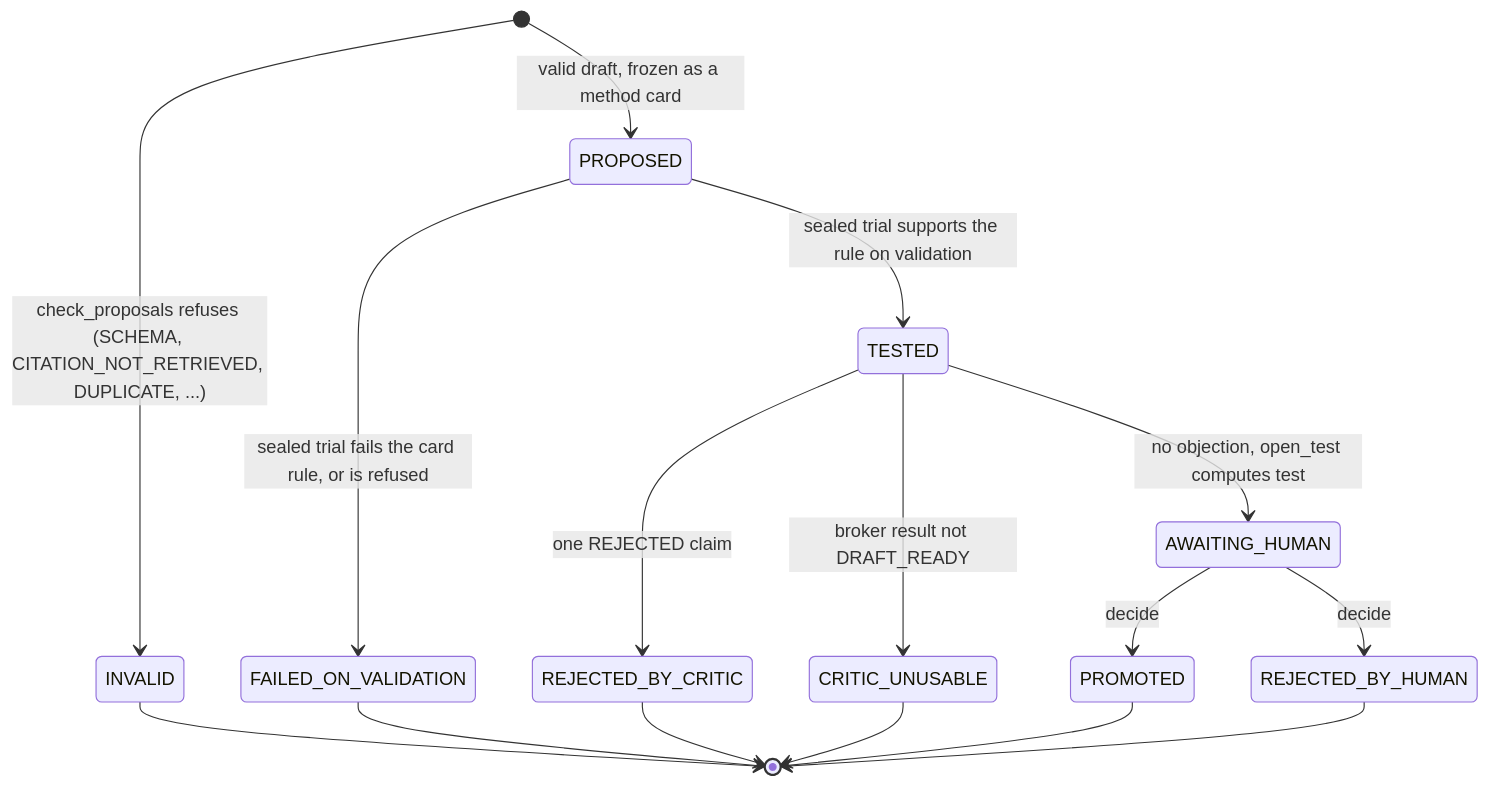
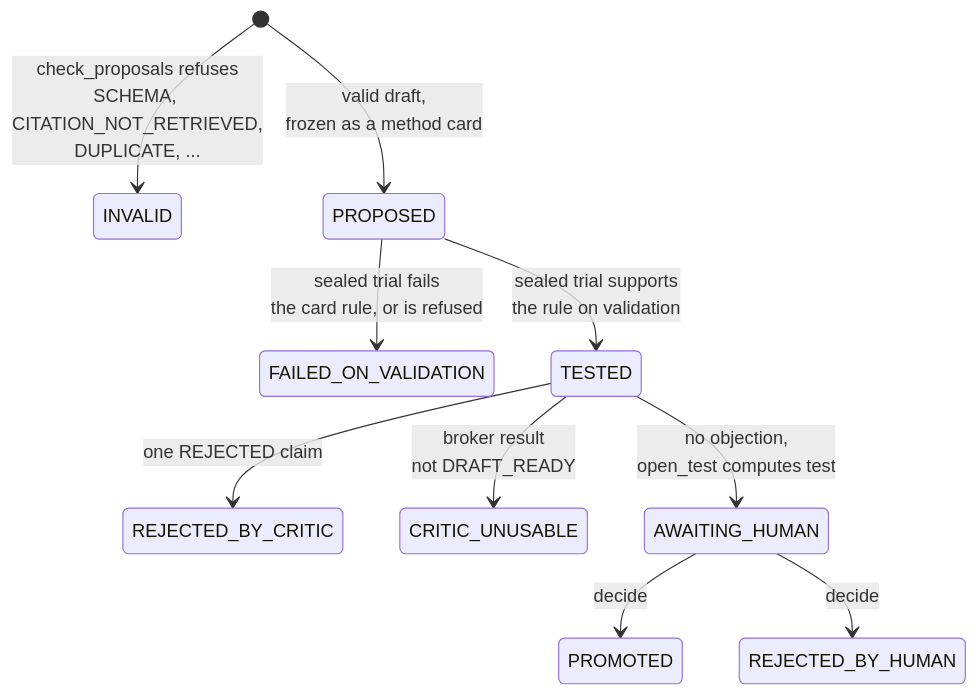
One commit to oscar-chw/agentic-quant-research changed the fourth of 9 diagrams in docs/DIAGRAMS.md. Above: the diagram before and after it, drawn with Mermaid. The commit also changed other lines of this file and 9 other files, not shown here.

Commit message:
docs: make diagrams legible at README width

````diff
--- a/docs/DIAGRAMS.md
+++ b/docs/DIAGRAMS.md
@@ -197,18 +192,12 @@
 ```mermaid
 stateDiagram-v2
-    [*] --> INVALID: check_proposals refuses (SCHEMA, CITATION_NOT_RETRIEVED, DUPLICATE, ...)
-    [*] --> PROPOSED: valid draft, frozen as a method card
-    PROPOSED --> FAILED_ON_VALIDATION: sealed trial fails the card rule, or is refused
-    PROPOSED --> TESTED: sealed trial supports the rule on validation
+    [*] --> INVALID: check_proposals refuses<br/>SCHEMA, CITATION_NOT_RETRIEVED,<br/>DUPLICATE, ...
+    [*] --> PROPOSED: valid draft,<br/>frozen as a method card
+    PROPOSED --> FAILED_ON_VALIDATION: sealed trial fails<br/>the card rule, or is refused
+    PROPOSED --> TESTED: sealed trial supports<br/>the rule on validation
     TESTED --> REJECTED_BY_CRITIC: one REJECTED claim
-    TESTED --> CRITIC_UNUSABLE: broker result not DRAFT_READY
-    TESTED --> AWAITING_HUMAN: no objection, open_test computes test
+    TESTED --> CRITIC_UNUSABLE: broker result<br/>not DRAFT_READY
+    TESTED --> AWAITING_HUMAN: no objection,<br/>open_test computes test
     AWAITING_HUMAN --> PROMOTED: decide
     AWAITING_HUMAN --> REJECTED_BY_HUMAN: decide
-    INVALID --> [*]
-    FAILED_ON_VALIDATION --> [*]
-    REJECTED_BY_CRITIC --> [*]
-    CRITIC_UNUSABLE --> [*]
-    PROMOTED --> [*]
-    REJECTED_BY_HUMAN --> [*]
 ```
````
